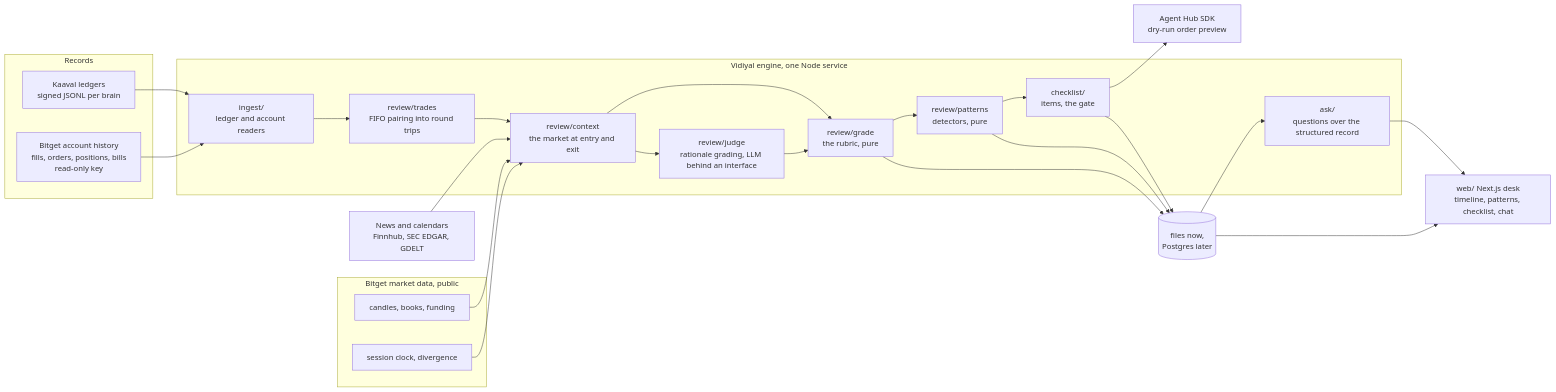
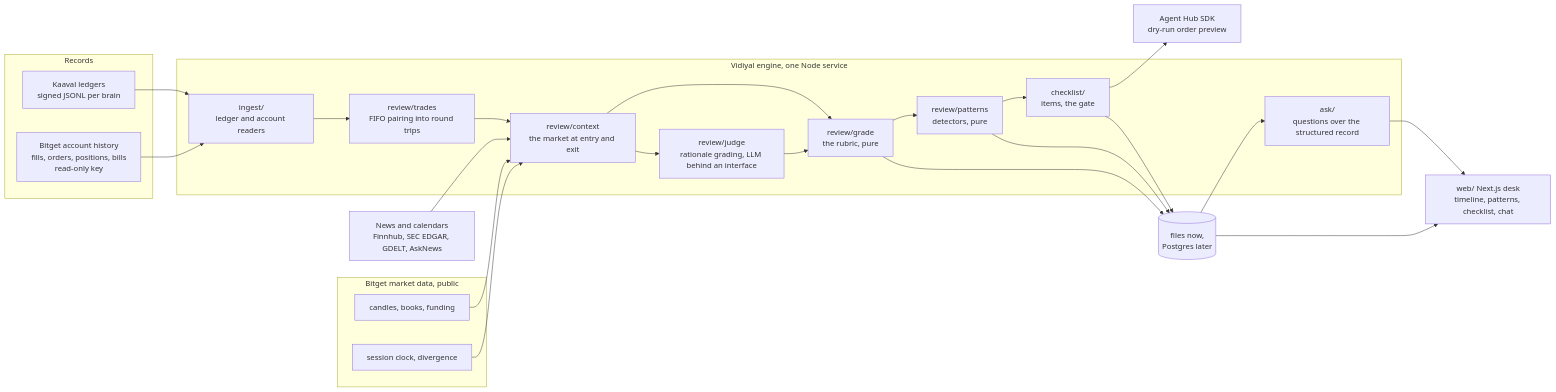
One commit to ramakrishnanhulk20/vidiyal changed the first of 4 diagrams in ARCHITECTURE.md. Above: the diagram before and after it, drawn with Mermaid. The commit also changed 9 other files, not shown here.

Commit message:
Vendor the AskNews source, with archive searches off unless asked for

````diff
--- a/ARCHITECTURE.md
+++ b/ARCHITECTURE.md
@@ -10,39 +10,39 @@
 ```mermaid
 flowchart LR
   subgraph sources[Records]
     ledger[Kaaval ledgers<br/>signed JSONL per brain]
     acct[Bitget account history<br/>fills, orders, positions, bills<br/>read-only key]
   end
   subgraph bitget[Bitget market data, public]
     candles[candles, books, funding]
     hours[session clock, divergence]
   end
-  news[News and calendars<br/>Finnhub, SEC EDGAR, GDELT]
+  news[News and calendars<br/>Finnhub, SEC EDGAR, GDELT, AskNews]
   subgraph engine[Vidiyal engine, one Node service]
     ingest[ingest/<br/>ledger and account readers]
     trades[review/trades<br/>FIFO pairing into round trips]
     context[review/context<br/>the market at entry and exit]
     grade[review/grade<br/>the rubric, pure]
     judge[review/judge<br/>rationale grading, LLM behind an interface]
     patterns[review/patterns<br/>detectors, pure]
     checklist[checklist/<br/>items, the gate]
     ask[ask/<br/>questions over the structured record]
   end
   hub[Agent Hub SDK<br/>dry-run order preview]
   store[(files now,<br/>Postgres later)]
   web[web/ Next.js desk<br/>timeline, patterns, checklist, chat]
   ledger --> ingest
   acct --> ingest
   ingest --> trades --> context
   candles --> context
   hours --> context
   news --> context
   context --> grade --> patterns --> checklist
   context --> judge --> grade
   checklist --> hub
   grade --> store
   patterns --> store
   checklist --> store
   store --> ask --> web
   store --> web
 ```
````
